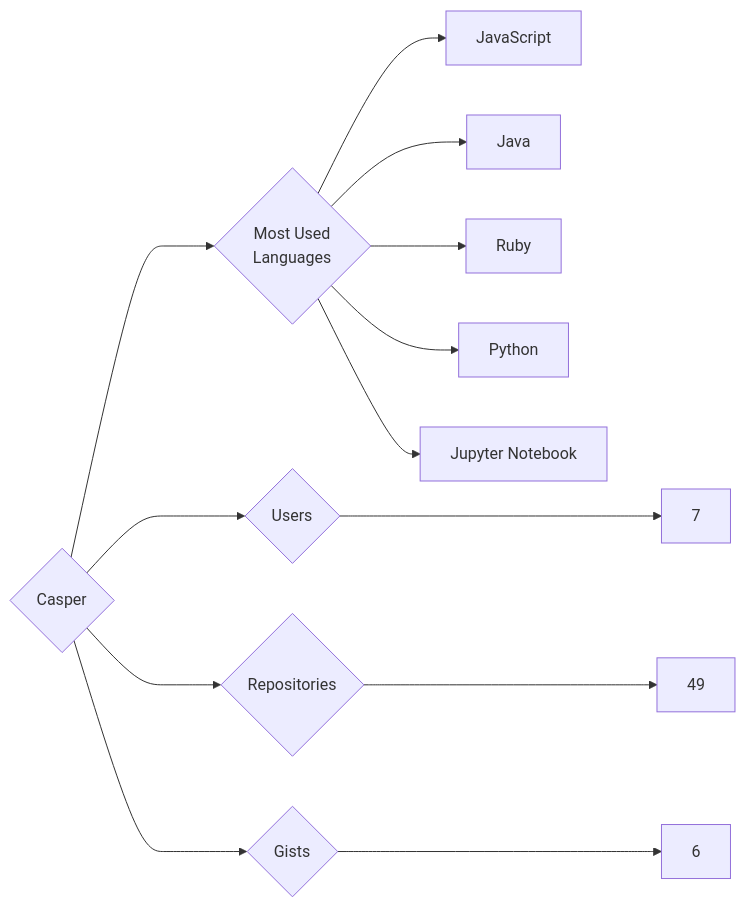
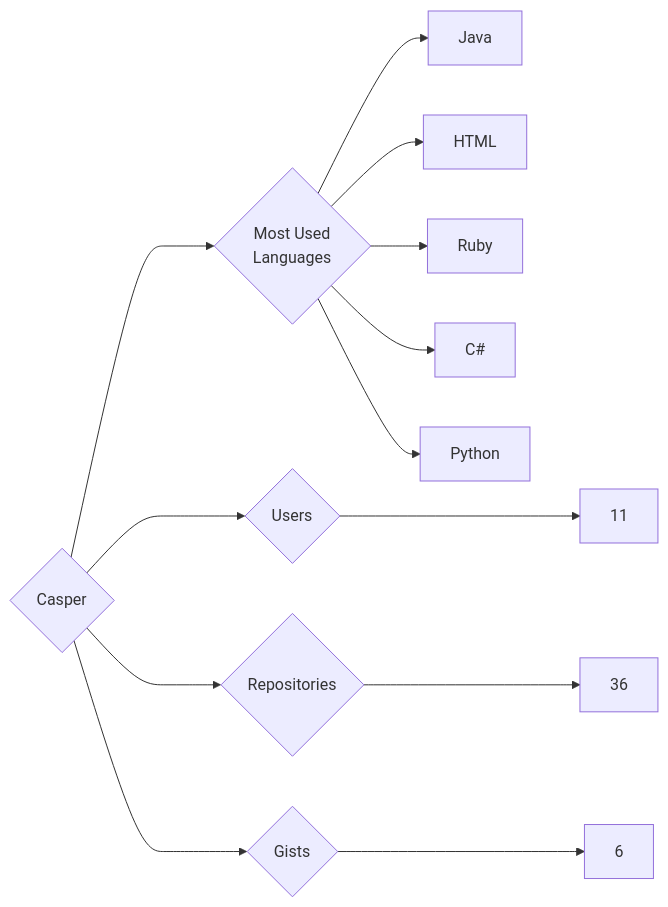
The diagram in targets/Casper/README.md (trickest/insiders), drawn with Mermaid before and after one commit. The commit also changed 984 other files, not shown here.

````diff
--- a/targets/Casper/README.md
+++ b/targets/Casper/README.md
@@ -3,13 +3,13 @@
 ```mermaid
 graph LR
 COMPANY_NAME{Casper}
-COMPANY_NAME ---> U{Users} ---> UN[7]
-COMPANY_NAME ---> R{Repositories} ---> RN[49]
+COMPANY_NAME ---> U{Users} ---> UN[11]
+COMPANY_NAME ---> R{Repositories} ---> RN[36]
 COMPANY_NAME ---> G{Gists} ---> GN[6]
 COMPANY_NAME ---> ML{Most Used<br>Languages}
-ML --> JavaScript[JavaScript]
 ML --> Java[Java]
+ML --> HTML[HTML]
 ML --> Ruby[Ruby]
+ML --> C#[C#]
 ML --> Python[Python]
-ML --> Jupyter_Notebook[Jupyter Notebook]
 ```
````
